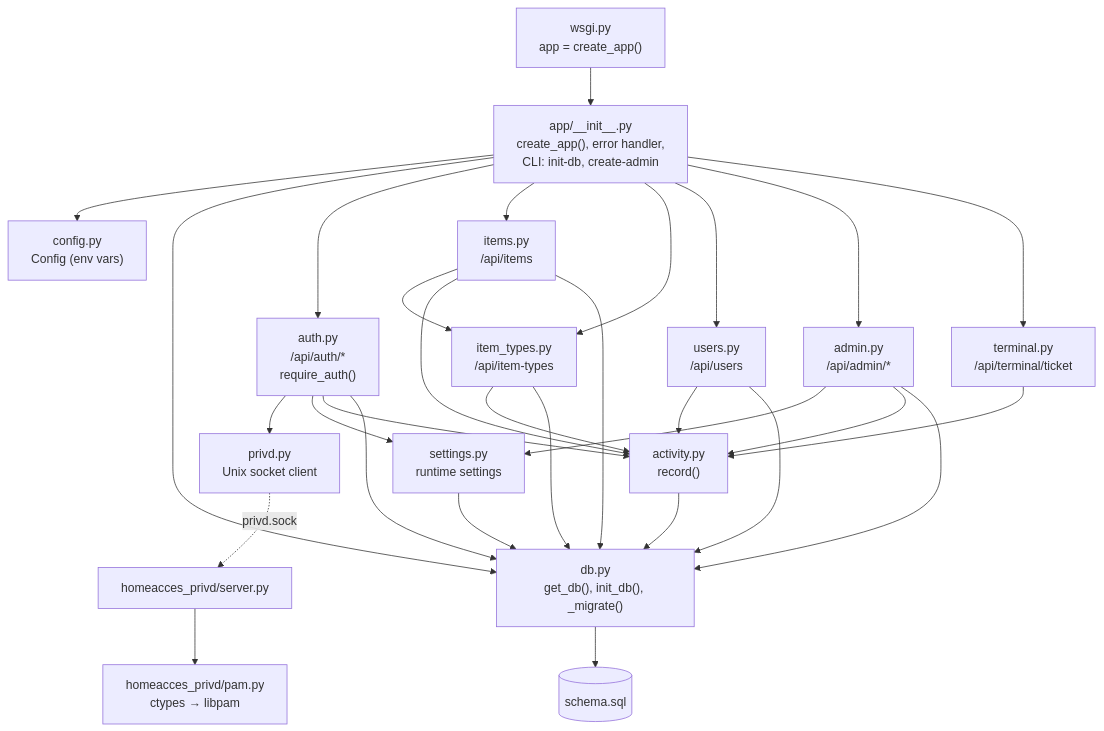
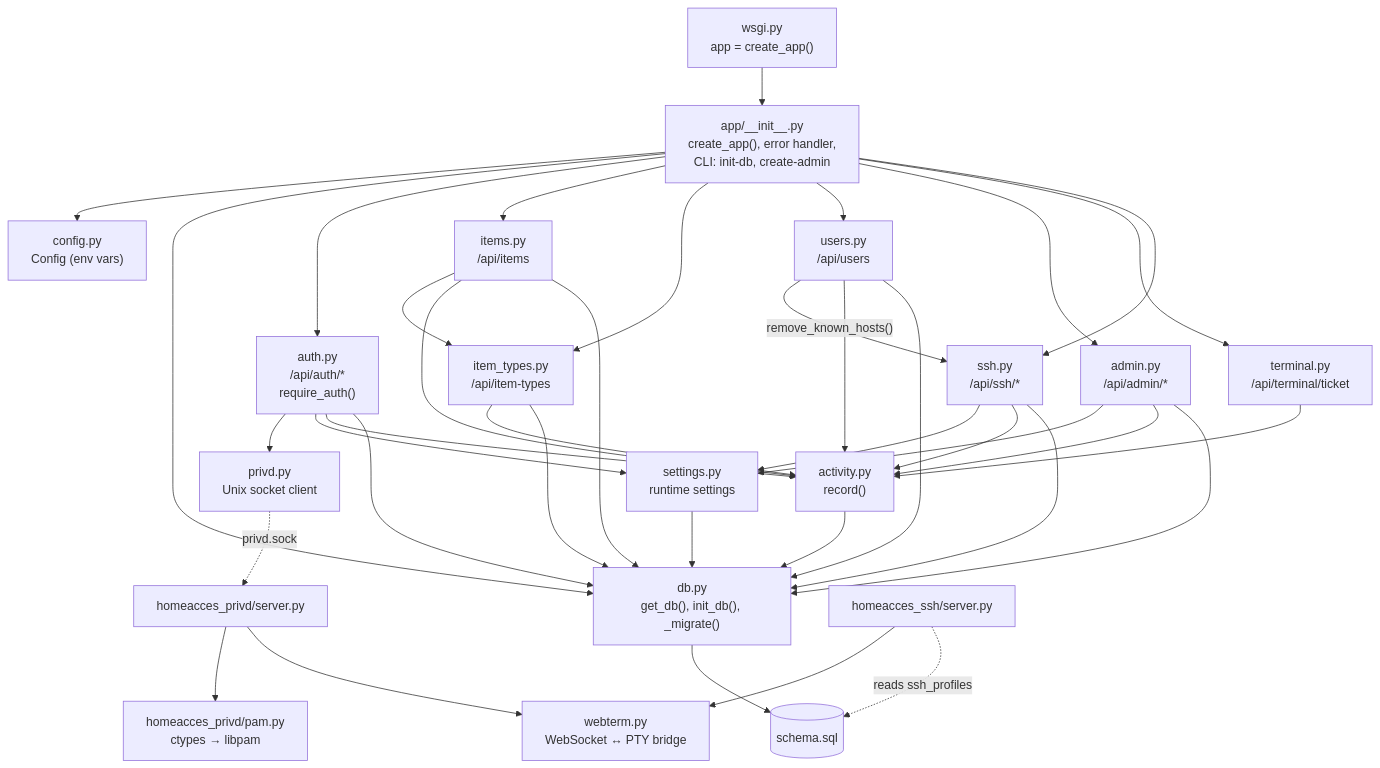
Before and after one commit to juanecito/Home_Access_Web: the first of 9 diagrams in doc/02-backend.md, drawn with Mermaid. The commit also changed other lines of this file and 40 other files, not shown here.

Commit message:
Add new SSH terminal for all users

````diff
--- a/doc/02-backend.md
+++ b/doc/02-backend.md
@@ -17,23 +20,27 @@
 ```mermaid
 flowchart TB
     W["wsgi.py<br/>app = create_app()"] --> I["app/__init__.py<br/>create_app(), error handler,<br/>CLI: init-db, create-admin"]
     I --> CFG["config.py<br/>Config (env vars)"]
     I --> DBM["db.py<br/>get_db(), init_db(), _migrate()"]
     I --> AUTH["auth.py<br/>/api/auth/*<br/>require_auth()"]
     I --> ITEMS["items.py<br/>/api/items"]
     I --> TYPES["item_types.py<br/>/api/item-types"]
     I --> USERS["users.py<br/>/api/users"]
     I --> ADMIN["admin.py<br/>/api/admin/*"]
     I --> TERM["terminal.py<br/>/api/terminal/ticket"]
+    I --> SSHB["ssh.py<br/>/api/ssh/*"]
 
     AUTH --> PRIVC["privd.py<br/>Unix socket client"]
     AUTH --> SET["settings.py<br/>runtime settings"]
-    ADMIN --> SET
+    ADMIN & SSHB --> SET
     ITEMS --> TYPES
-    AUTH & ITEMS & TYPES & USERS & ADMIN & TERM --> ACT["activity.py<br/>record()"]
-    AUTH & ITEMS & TYPES & USERS & ADMIN & SET & ACT --> DBM
+    USERS -- "remove_known_hosts()" --> SSHB
+    AUTH & ITEMS & TYPES & USERS & ADMIN & TERM & SSHB --> ACT["activity.py<br/>record()"]
+    AUTH & ITEMS & TYPES & USERS & ADMIN & SSHB & SET & ACT --> DBM
     DBM --> SQL[("schema.sql")]
 
     PRIVC -. "privd.sock" .-> SRV["homeacces_privd/server.py"]
     SRV --> PAMPY["homeacces_privd/pam.py<br/>ctypes → libpam"]
+    SRV & SSHSRV["homeacces_ssh/server.py"] --> WT["webterm.py<br/>WebSocket ↔ PTY bridge"]
+    SSHSRV -. "reads ssh_profiles" .-> SQL
 ```
````
